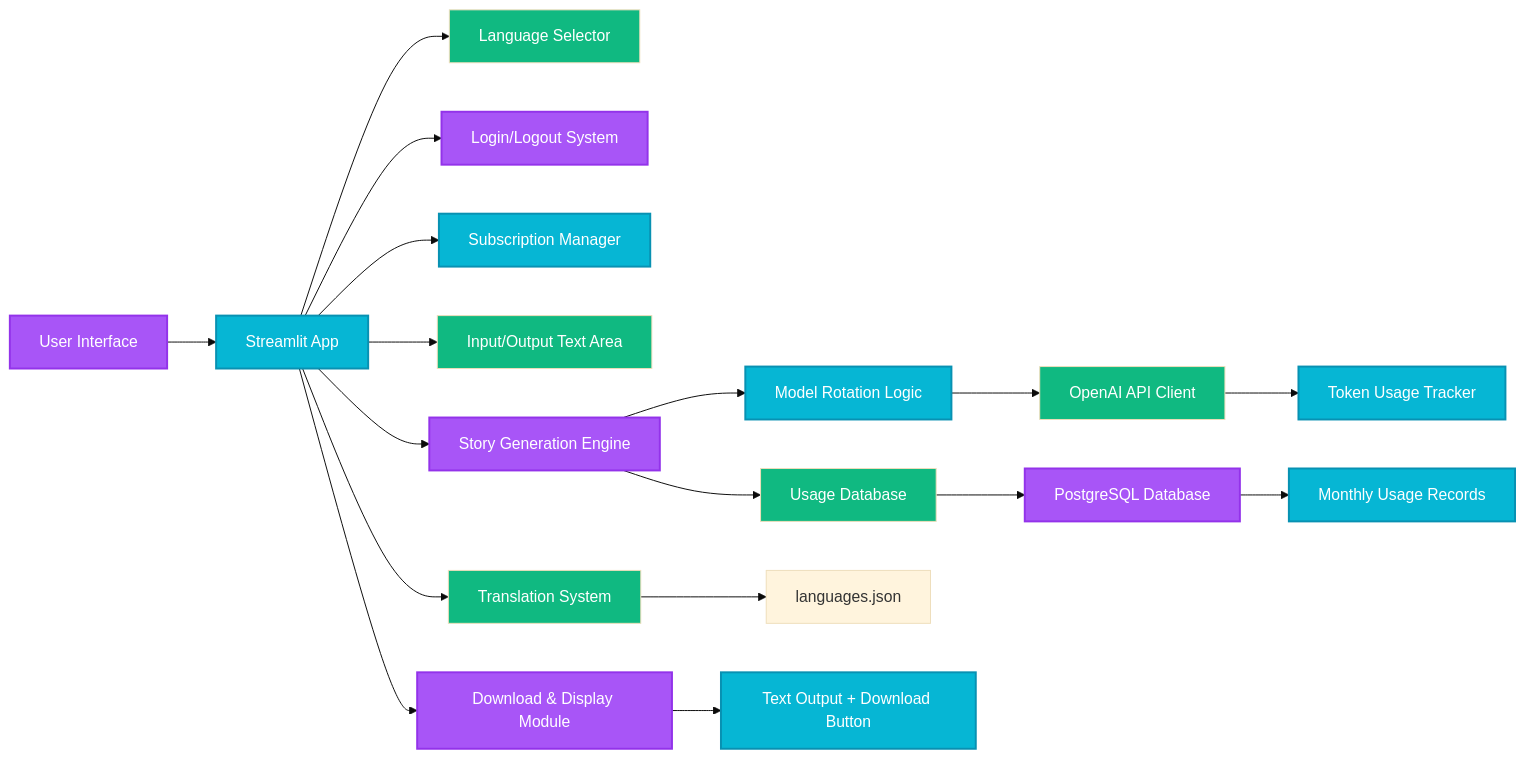
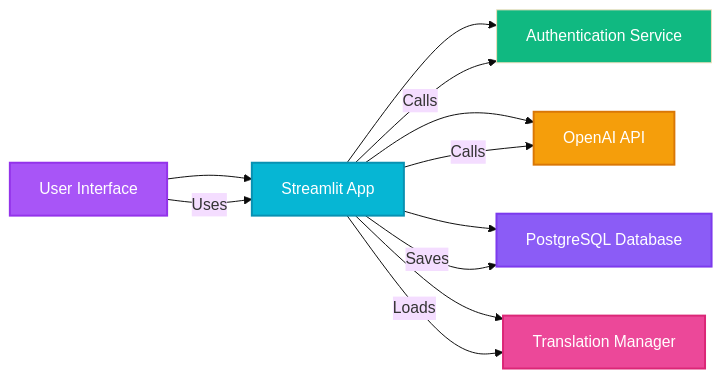
Before and after one commit to AdamoxB/ds_ai_portfolio: the third of 4 diagrams in docs/AI_Short_Crime_Story_Generator/index.md, drawn with Mermaid (base theme). The commit also changed other lines of this file, not shown here.

````diff
--- a/docs/AI_Short_Crime_Story_Generator/index.md
+++ b/docs/AI_Short_Crime_Story_Generator/index.md
@@ -61,40 +94,25 @@
 ```mermaid
 graph LR
     A[User Interface] --> B[Streamlit App]
-    B --> C[Language Selector]
-    B --> D[Login/Logout System]
-    B --> E[Subscription Manager]
-    B --> F[Input/Output Text Area]
-    B --> G[Story Generation Engine]
-
-    G --> H[Model Rotation Logic]
-    H --> I[OpenAI API Client]
-    I --> J[Token Usage Tracker]
-
-    G --> K[Usage Database]
-    K --> L[PostgreSQL Database]
-    L --> M[Monthly Usage Records]
-
-    B --> N[Translation System]
-    N --> O[languages.json]
-
-    B --> P[Download & Display Module]
-    P --> Q[Text Output + Download Button]
+    B --> C[Authentication Service]
+    B --> D[OpenAI API]
+    B --> E[PostgreSQL Database]
+    B --> F[Translation Manager]
 
     style A fill:#A855F7,stroke:#9333EA,stroke-width:2px,color:#fff
     style B fill:#06B6D4,stroke:#0891B2,stroke-width:2px,color:#fff
     style C fill:#10B981,color:#fff
-    style D fill:#A855F7,stroke:#9333EA,stroke-width:2px,color:#fff
-    style E fill:#06B6D4,stroke:#0891B2,stroke-width:2px,color:#fff
-    style F fill:#10B981,color:#fff
-    style G fill:#A855F7,stroke:#9333EA,stroke-width:2px,color:#fff
-    style H fill:#06B6D4,stroke:#0891B2,stroke-width:2px,color:#fff
-    style I fill:#10B981,color:#fff
-    style J fill:#06B6D4,stroke:#0891B2,stroke-width:2px,color:#fff
-    style K fill:#10B981,color:#fff
-    style L fill:#A855F7,stroke:#9333EA,stroke-width:2px,color:#fff
-    style M fill:#06B6D4,stroke:#0891B2,stroke-width:2px,color:#fff
-    style N fill:#10B981,color:#fff
-    style P fill:#A855F7,stroke:#9333EA,stroke-width:2px,color:#fff
-    style Q fill:#06B6D4,stroke:#0891B2,stroke-width:2px,color:#fff
+    style D fill:#F59E0B,stroke:#D97706,stroke-width:2px,color:#fff
+    style E fill:#8B5CF6,stroke:#7C3AED,stroke-width:2px,color:#fff
+    style F fill:#EC4899,stroke:#DB2777,stroke-width:2px,color:#fff
+
+    classDef component fill:#1E293B,stroke:#334155,stroke-width:2px,color:#fff;
+    classDef service fill:#06B6D4,stroke:#0891B2,stroke-width:2px,color:#fff;
+    classDef ui fill:#A855F7,stroke:#9333EA,stroke-width:2px,color:#fff;
+
+    A[User Interface] -->|Uses| B[Streamlit App]
+    B -->|Calls| C[Authentication Service]
+    B -->|Calls| D[OpenAI API]
+    B -->|Saves| E[PostgreSQL Database]
+    B -->|Loads| F[Translation Manager]
 ```
````
